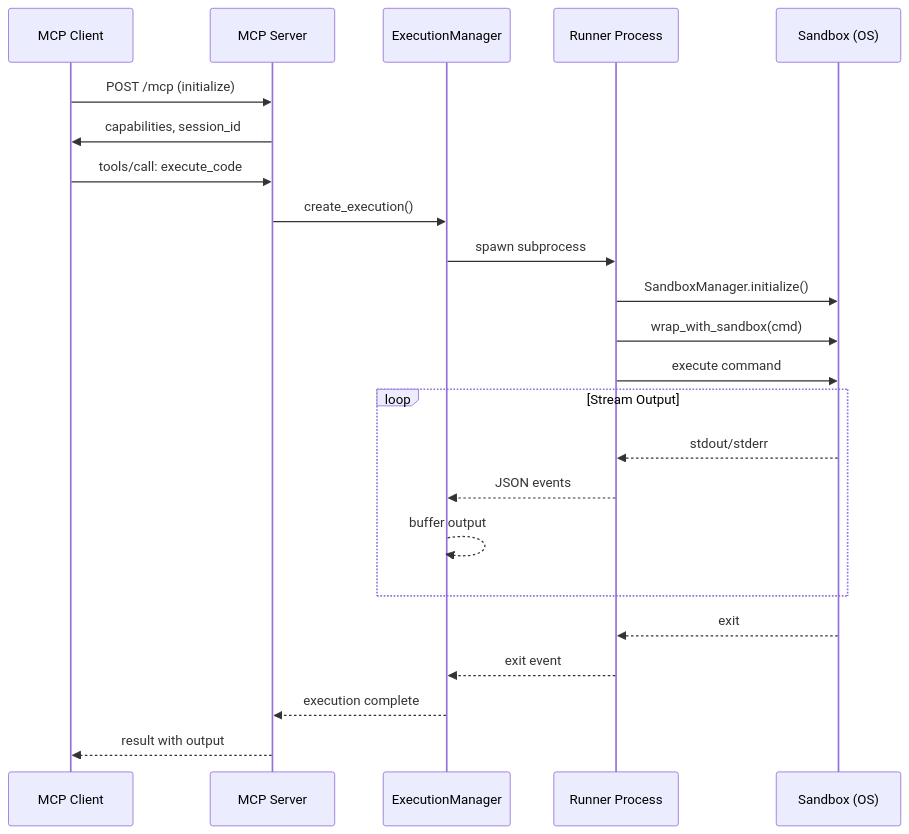
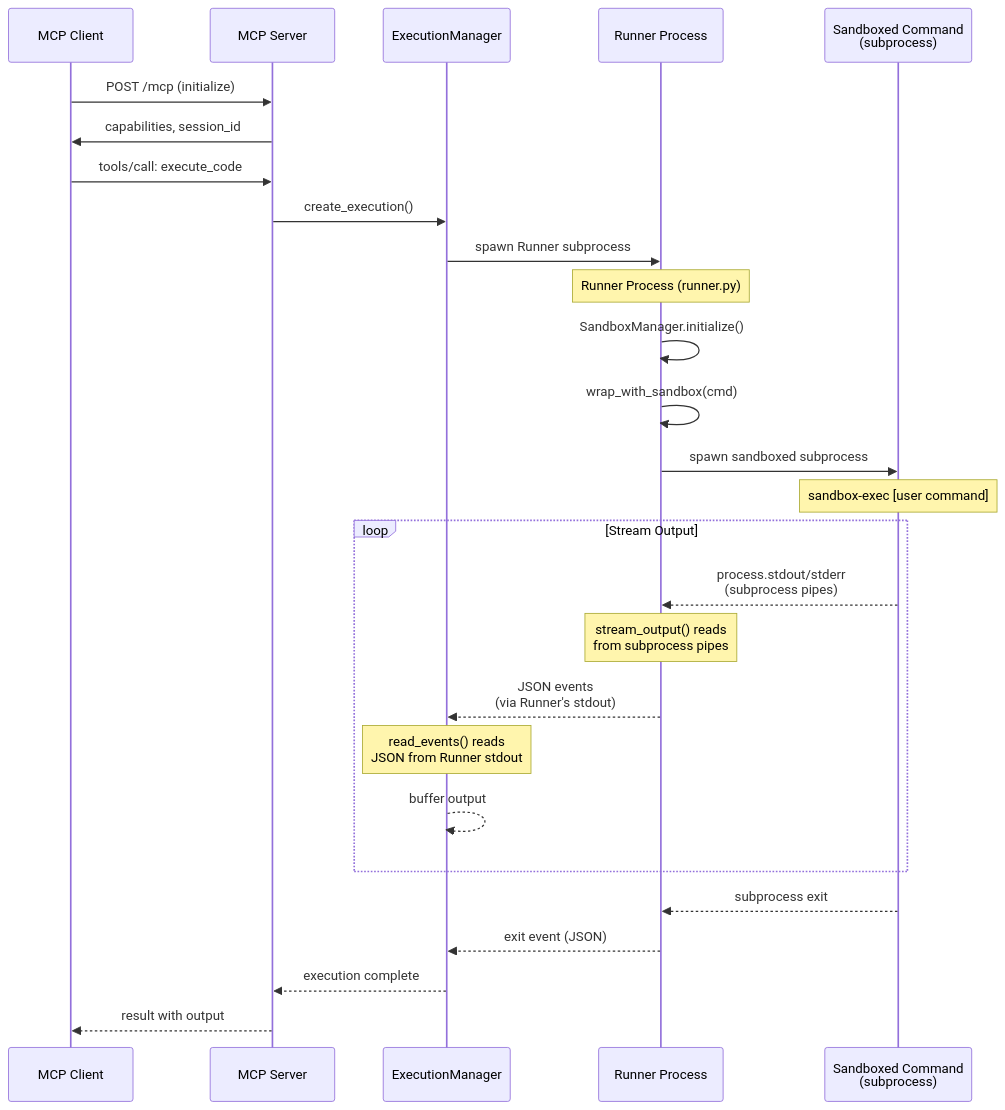
One commit to thoo/sandbox-runtime-py changed the third of 4 diagrams in sandbox_runtime/server/README.md. Above: the diagram before and after it, drawn with Mermaid.

Commit message:
Clarify execution flow diagram in MCP server documentation
The execution flow diagram was ambiguous about stdout/stderr streams and
subprocess layers. Updated to clearly show:

1. **Two subprocess layers**: ExecutionManager spawns Runner Process, which
   spawns the Sandboxed Command subprocess

2. **Two stdout streams**:
   - Sandboxed command outputs to process.stdout/stderr (subprocess pipes)
   - Runner Process emits JSON events to its own stdout
   - ExecutionManager reads JSON from Runner's stdout

3. **Added notes** explaining the actual functions involved:
   - stream_output() reads from subprocess pipes
   - read_events() reads JSON events from Runner stdout

Changed "Sandbox (OS)" label to "Sandboxed Command (subprocess)" to clarify
it's a subprocess running the sandboxed command, not just the OS sandbox
mechanism. This makes the two-level stdout architecture explicit.

````diff
--- a/sandbox_runtime/server/README.md
+++ b/sandbox_runtime/server/README.md
@@ -268,29 +268,33 @@
 ```mermaid
 sequenceDiagram
     participant C as MCP Client
     participant S as MCP Server
     participant E as ExecutionManager
     participant R as Runner Process
-    participant B as Sandbox (OS)
+    participant B as Sandboxed Command<br/>(subprocess)
 
     C->>S: POST /mcp (initialize)
     S->>C: capabilities, session_id
 
     C->>S: tools/call: execute_code
     S->>E: create_execution()
-    E->>R: spawn subprocess
-    R->>B: SandboxManager.initialize()
-    R->>B: wrap_with_sandbox(cmd)
-    R->>B: execute command
+    E->>R: spawn Runner subprocess
+    Note over R: Runner Process (runner.py)
+    R->>R: SandboxManager.initialize()
+    R->>R: wrap_with_sandbox(cmd)
+    R->>B: spawn sandboxed subprocess
+    Note over B: sandbox-exec [user command]
 
     loop Stream Output
-        B-->>R: stdout/stderr
-        R-->>E: JSON events
+        B-->>R: process.stdout/stderr<br/>(subprocess pipes)
+        Note over R: stream_output() reads<br/>from subprocess pipes
+        R-->>E: JSON events<br/>(via Runner's stdout)
+        Note over E: read_events() reads<br/>JSON from Runner stdout
         E-->>E: buffer output
     end
 
-    B-->>R: exit
-    R-->>E: exit event
+    B-->>R: subprocess exit
+    R-->>E: exit event (JSON)
     E-->>S: execution complete
     S-->>C: result with output
 ```
````
